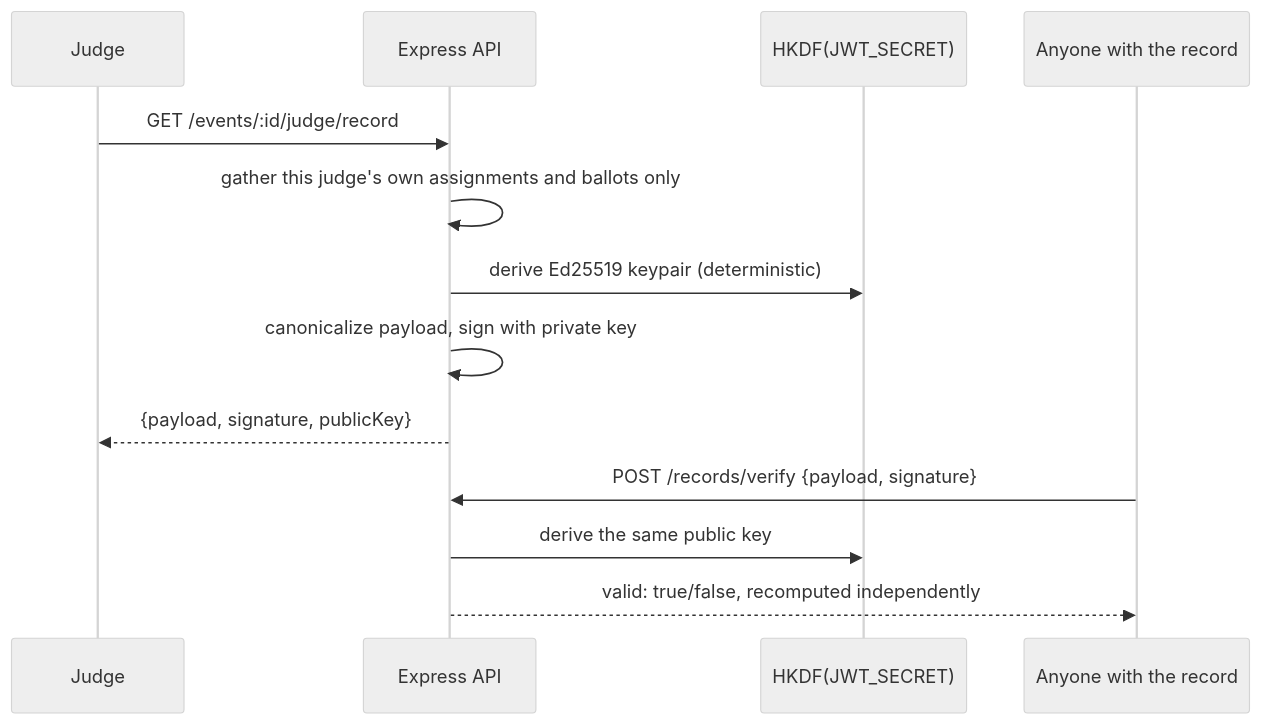
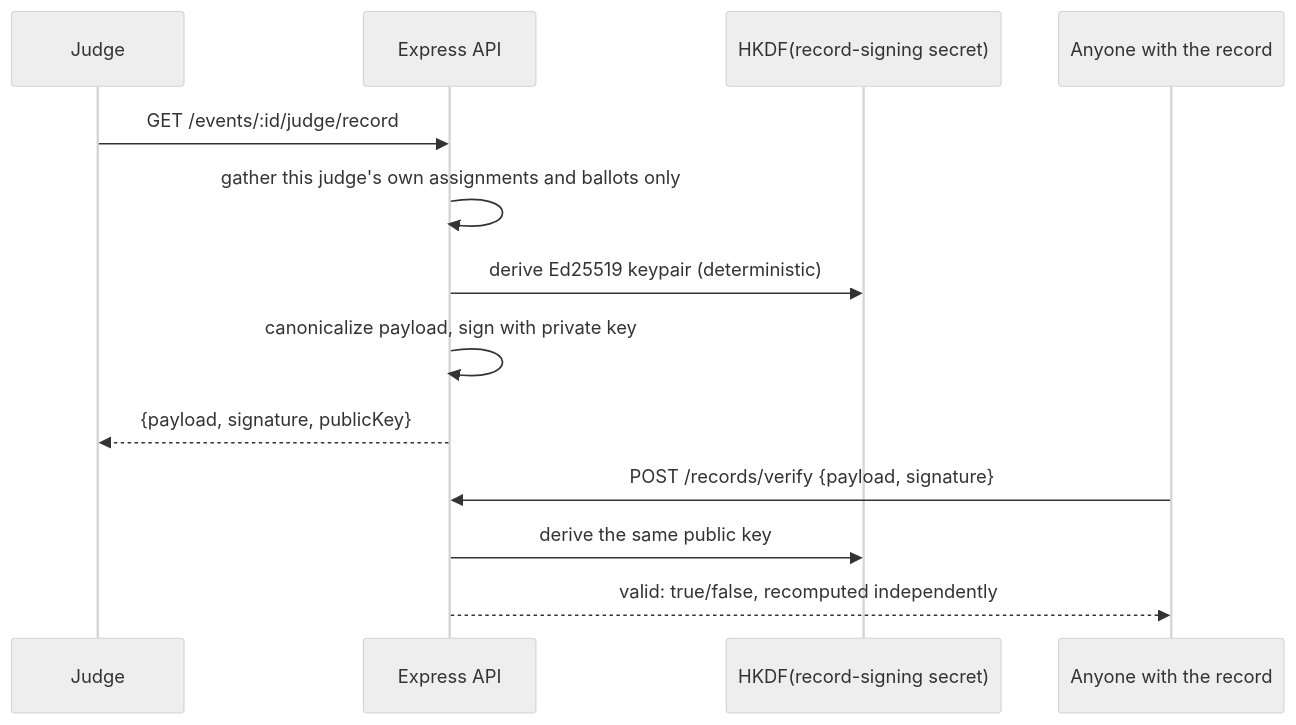
The fifth of 5 diagrams in ARCHITECTURE.md (ikeshavvarshney/podium), drawn with Mermaid (neutral theme) before and after one commit. The commit also changed other lines of this file and 24 other files, not shown here.

````diff
--- a/ARCHITECTURE.md
+++ b/ARCHITECTURE.md
@@ -201,17 +204,17 @@
 ```mermaid
 sequenceDiagram
     participant J as Judge
     participant API as Express API
-    participant K as HKDF(JWT_SECRET)
+    participant K as HKDF(record-signing secret)
     participant V as Anyone with the record
 
     J->>API: GET /events/:id/judge/record
     API->>API: gather this judge's own assignments and ballots only
     API->>K: derive Ed25519 keypair (deterministic)
     API->>API: canonicalize payload, sign with private key
     API-->>J: {payload, signature, publicKey}
 
     V->>API: POST /records/verify {payload, signature}
     API->>K: derive the same public key
     API-->>V: valid: true/false, recomputed independently
 ```
````
